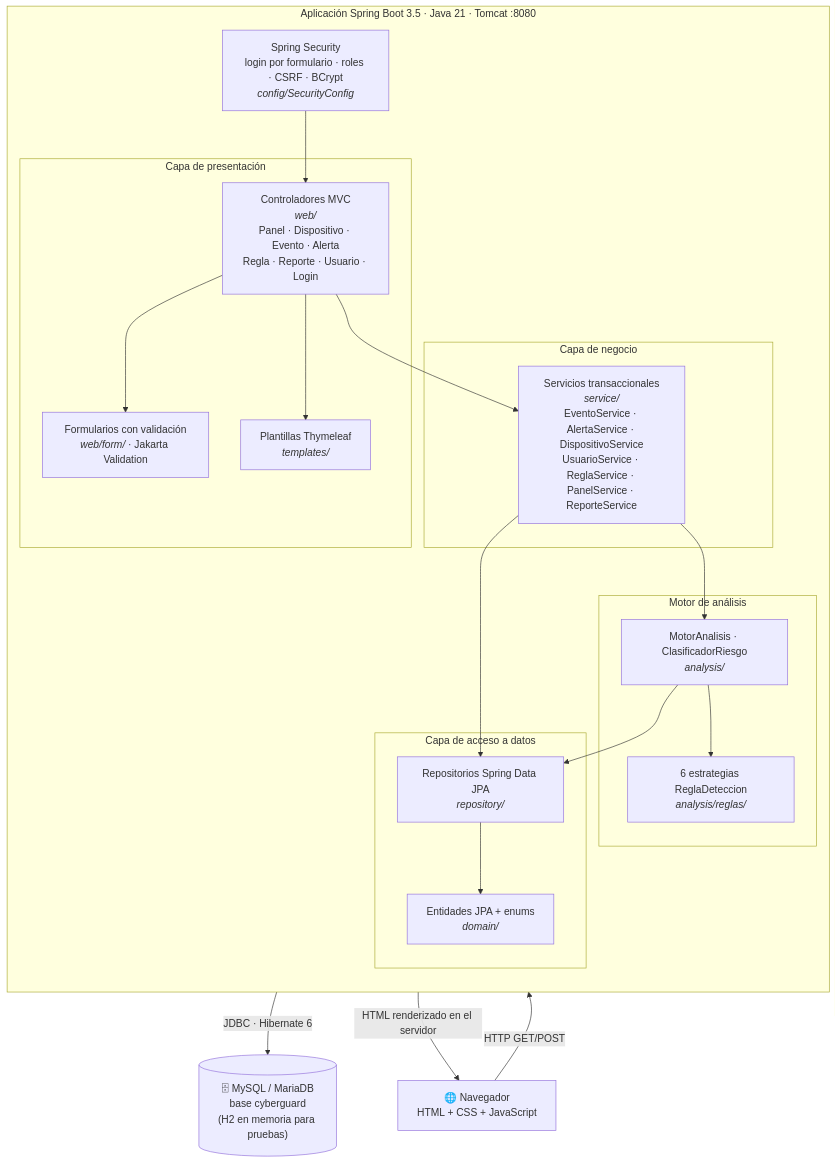
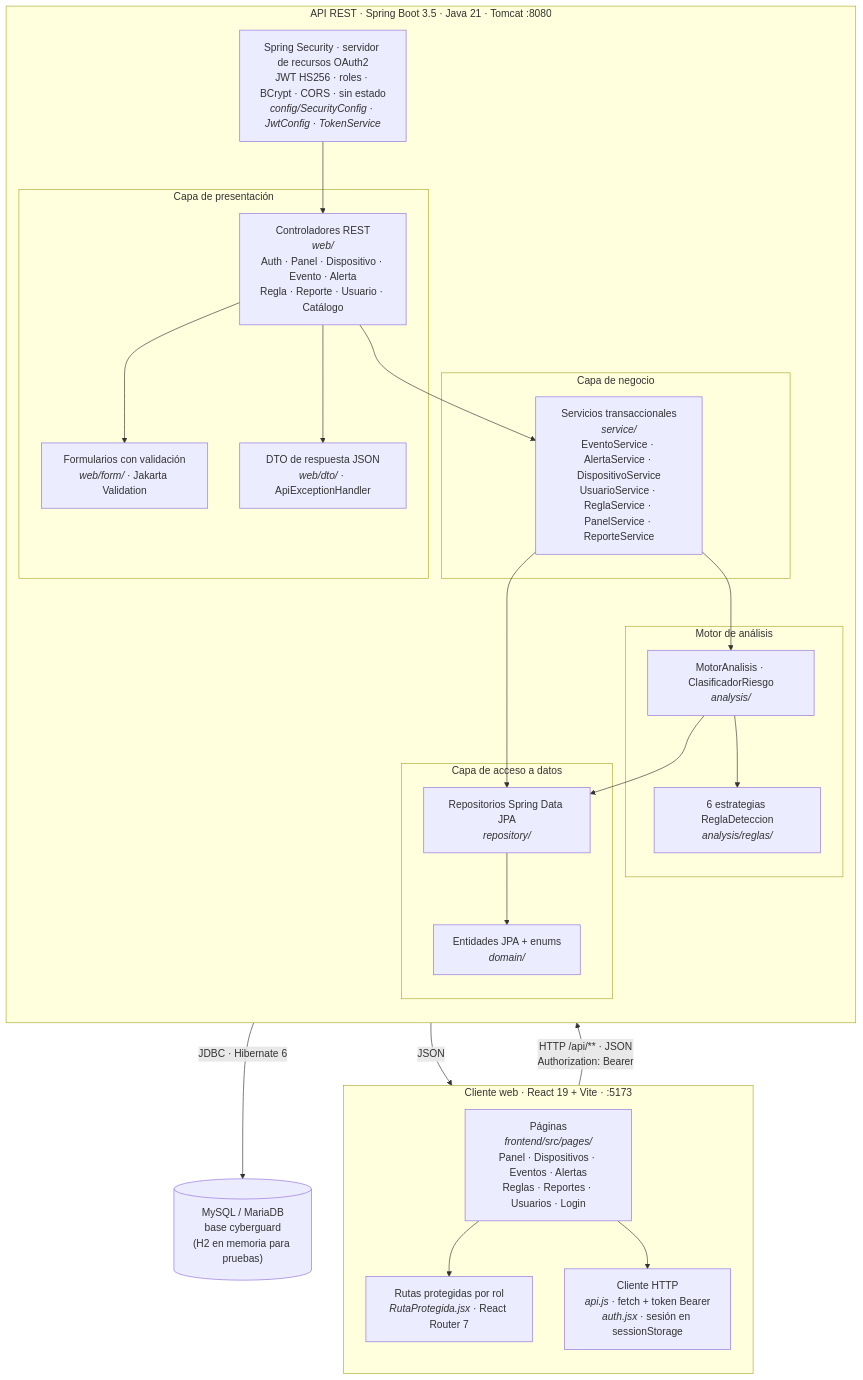
One commit to velosergio/Cyberguard changed the diagram in Docs/img/fuentes/02-arquitectura-capas.mmd. Above: the diagram before and after it, drawn with Mermaid. The commit also changed 67 other files, not shown here.

```diff
--- a/Docs/img/fuentes/02-arquitectura-capas.mmd
+++ b/Docs/img/fuentes/02-arquitectura-capas.mmd
@@ -1,36 +1,43 @@
 flowchart TB
-    NAV["🌐 Navegador<br/>HTML + CSS + JavaScript"]
-    subgraph APP["Aplicación Spring Boot 3.5 · Java 21 · Tomcat :8080"]
+    subgraph CLI["Cliente web · React 19 + Vite · :5173"]
         direction TB
-        SEC["Spring Security<br/>login por formulario · roles · CSRF · BCrypt<br/><i>config/SecurityConfig</i>"]
+        PAG["Páginas<br/><i>frontend/src/pages/</i><br/>Panel · Dispositivos · Eventos · Alertas<br/>Reglas · Reportes · Usuarios · Login"]
+        RUT["Rutas protegidas por rol<br/><i>RutaProtegida.jsx</i> · React Router 7"]
+        APIJS["Cliente HTTP<br/><i>api.js</i> · fetch + token Bearer<br/><i>auth.jsx</i> · sesión en sessionStorage"]
+    end
+    subgraph APP["API REST · Spring Boot 3.5 · Java 21 · Tomcat :8080"]
+        direction TB
+        SEC["Spring Security · servidor de recursos OAuth2<br/>JWT HS256 · roles · BCrypt · CORS · sin estado<br/><i>config/SecurityConfig · JwtConfig · TokenService</i>"]
         subgraph PRES["Capa de presentación"]
-            WEB["Controladores MVC<br/><i>web/</i><br/>Panel · Dispositivo · Evento · Alerta<br/>Regla · Reporte · Usuario · Login"]
+            WEB["Controladores REST<br/><i>web/</i><br/>Auth · Panel · Dispositivo · Evento · Alerta<br/>Regla · Reporte · Usuario · Catálogo"]
             FORM["Formularios con validación<br/><i>web/form/</i> · Jakarta Validation"]
-            TPL["Plantillas Thymeleaf<br/><i>templates/</i>"]
+            DTO["DTO de respuesta JSON<br/><i>web/dto/</i> · ApiExceptionHandler"]
         end
         subgraph NEG["Capa de negocio"]
             SRV["Servicios transaccionales<br/><i>service/</i><br/>EventoService · AlertaService · DispositivoService<br/>UsuarioService · ReglaService · PanelService · ReporteService"]
         end
         subgraph ANL["Motor de análisis"]
             MOT["MotorAnalisis · ClasificadorRiesgo<br/><i>analysis/</i>"]
             RGL["6 estrategias ReglaDeteccion<br/><i>analysis/reglas/</i>"]
         end
         subgraph DAT["Capa de acceso a datos"]
             REP["Repositorios Spring Data JPA<br/><i>repository/</i>"]
             DOM["Entidades JPA + enums<br/><i>domain/</i>"]
         end
     end
-    DB[("🗄 MySQL / MariaDB<br/>base cyberguard<br/>(H2 en memoria para pruebas)")]
+    DB[("MySQL / MariaDB<br/>base cyberguard<br/>(H2 en memoria para pruebas)")]
 
-    NAV -- "HTTP GET/POST" --> SEC
+    PAG --> RUT
+    PAG --> APIJS
+    APIJS -- "HTTP /api/** · JSON<br/>Authorization: Bearer" --> SEC
     SEC --> WEB
     WEB --> FORM
-    WEB --> TPL
     WEB --> SRV
+    WEB --> DTO
     SRV --> MOT
     MOT --> RGL
     SRV --> REP
     MOT --> REP
     REP --> DOM
     REP -- "JDBC · Hibernate 6" --> DB
-    TPL -- "HTML renderizado en el servidor" --> NAV
+    DTO -- "JSON" --> APIJS
```
